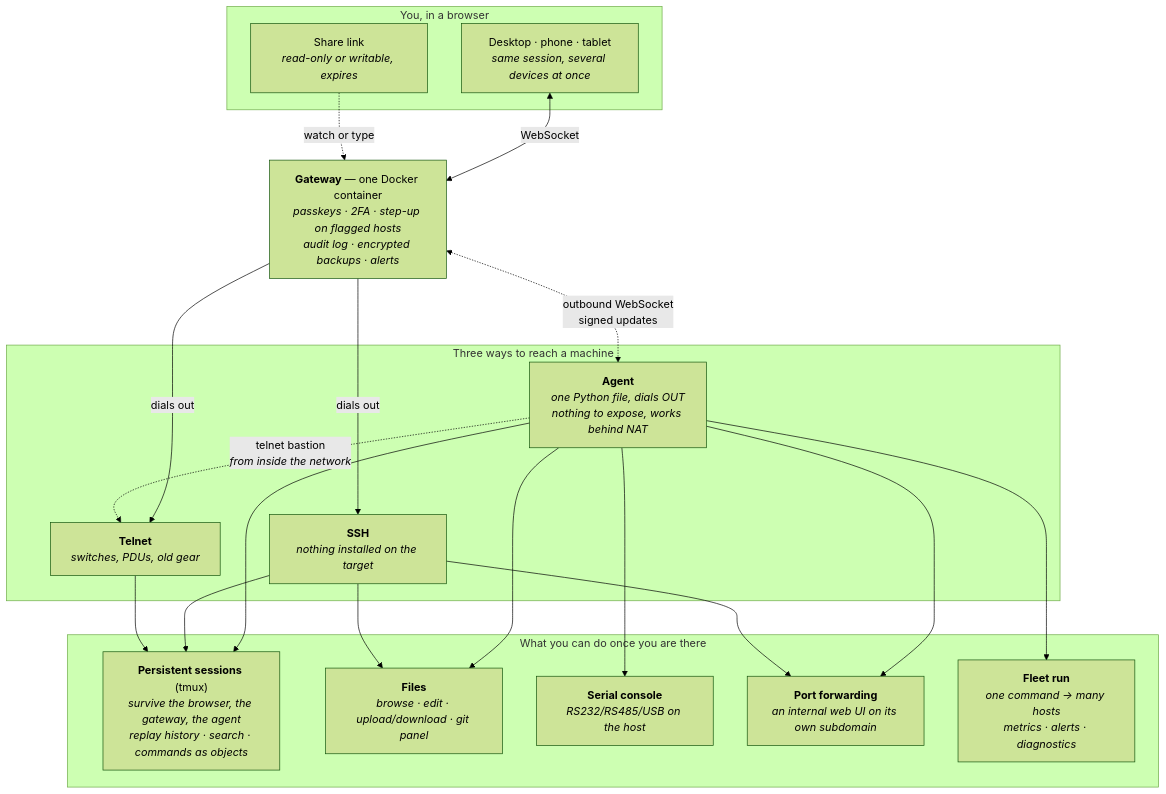
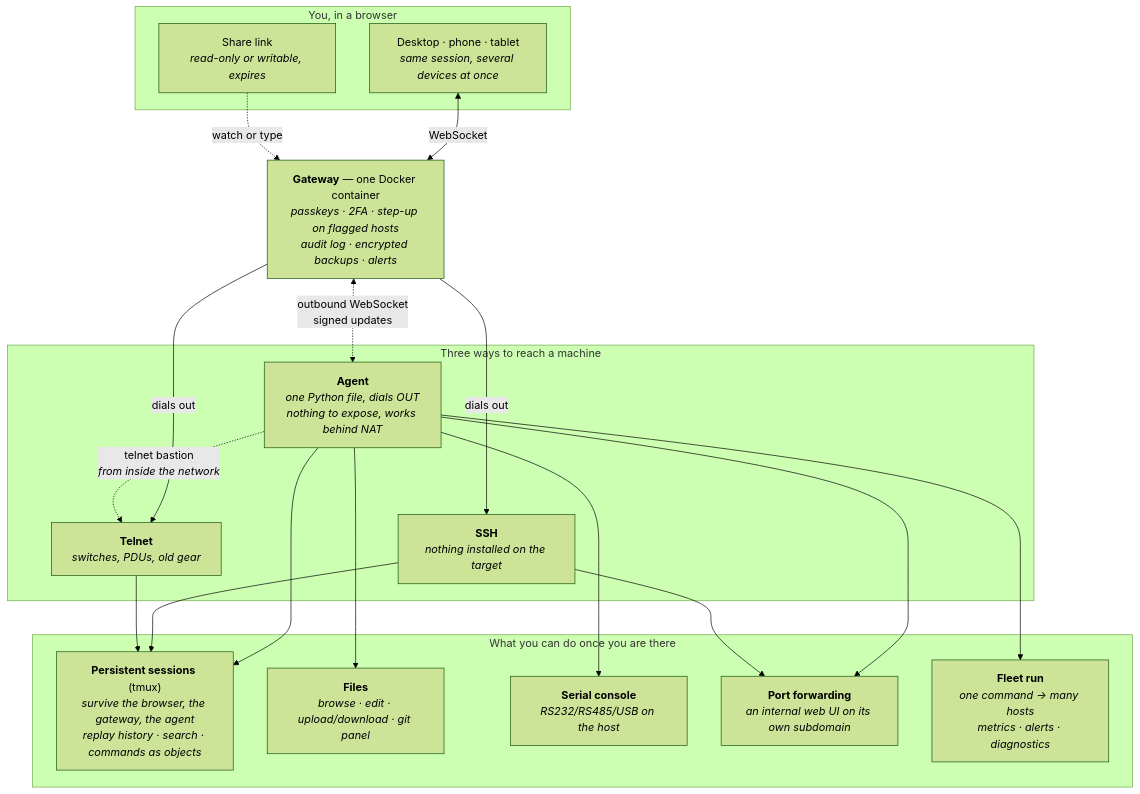
The diagram in README.md (sm26449/webterm), drawn with Mermaid (forest theme) before and after one commit. The commit also changed 19 other files, not shown here.

````diff
--- a/README.md
+++ b/README.md
@@ -16,42 +16,41 @@
 ```mermaid
 flowchart TB
     subgraph you["You, in a browser"]
       B["Desktop · phone · tablet<br/><i>same session, several devices at once</i>"]
       SH["Share link<br/><i>read-only or writable, expires</i>"]
     end
 
     G["<b>Gateway</b> — one Docker container<br/><i>passkeys · 2FA · step-up on flagged hosts</i><br/><i>audit log · encrypted backups · alerts</i>"]
 
     subgraph reach["Three ways to reach a machine"]
       A["<b>Agent</b><br/><i>one Python file, dials OUT</i><br/><i>nothing to expose, works behind NAT</i>"]
       SSHH["<b>SSH</b><br/><i>nothing installed on the target</i>"]
       TEL["<b>Telnet</b><br/><i>switches, PDUs, old gear</i>"]
     end
 
     subgraph get["What you can do once you are there"]
       T["<b>Persistent sessions</b> (tmux)<br/><i>survive the browser, the gateway, the agent</i><br/><i>replay history · search · commands as objects</i>"]
       FS["<b>Files</b><br/><i>browse · edit · upload/download · git panel</i>"]
       SER["<b>Serial console</b><br/><i>RS232/RS485/USB on the host</i>"]
       FWD["<b>Port forwarding</b><br/><i>an internal web UI on its own subdomain</i>"]
       RUN["<b>Fleet run</b><br/><i>one command → many hosts</i><br/><i>metrics · alerts · diagnostics</i>"]
     end
 
     B <-->|WebSocket| G
     SH -.->|watch or type| G
 
     G <-.->|"outbound WebSocket<br/>signed updates"| A
     G -->|dials out| SSHH
     G -->|dials out| TEL
 
     A --> T
     A --> FS
     A --> SER
     A --> FWD
     A --> RUN
     A -.->|"telnet bastion<br/><i>from inside the network</i>"| TEL
 
     SSHH --> T
-    SSHH --> FS
     SSHH --> FWD
     TEL --> T
 ```
````
